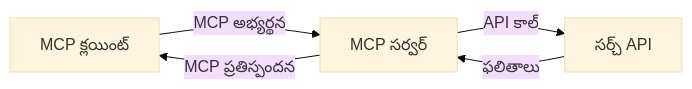
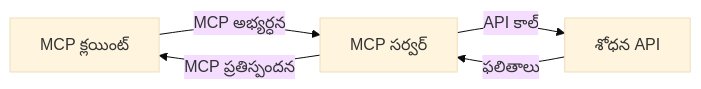
One commit to microsoft/mcp-for-beginners changed the second of 4 diagrams in translations/te/05-AdvancedTopics/mcp-realtimesearch/README.md. Above: the diagram before and after it, drawn with Mermaid (base theme). The commit also changed other lines of this file and 112 other files, not shown here.

````diff
--- a/translations/te/05-AdvancedTopics/mcp-realtimesearch/README.md
+++ b/translations/te/05-AdvancedTopics/mcp-realtimesearch/README.md
@@ -598,7 +600,7 @@
 ```mermaid
 graph LR
-    Client[MCP క్లయింట్] --> |MCP అభ్యర్థన| Server[MCP సర్వర్]
-    Server --> |API కాల్| SearchAPI[సర్చ్ API]
+    Client[MCP క్లయింట్] --> |MCP అభ్యర్ధన| Server[MCP సర్వర్]
+    Server --> |API కాల్| SearchAPI[శోధన API]
     SearchAPI --> |ఫలితాలు| Server
     Server --> |MCP ప్రతిస్పందన| Client
 ```
````
